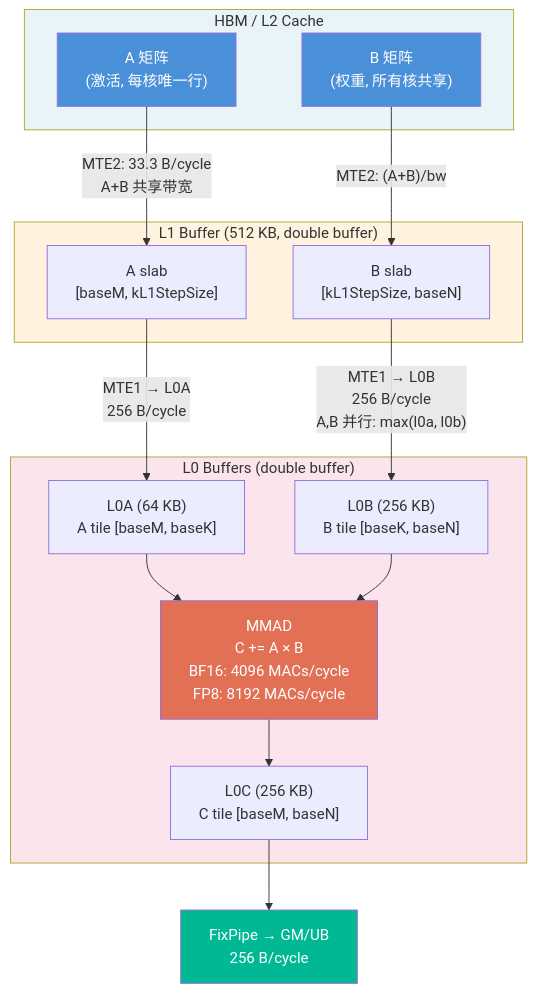
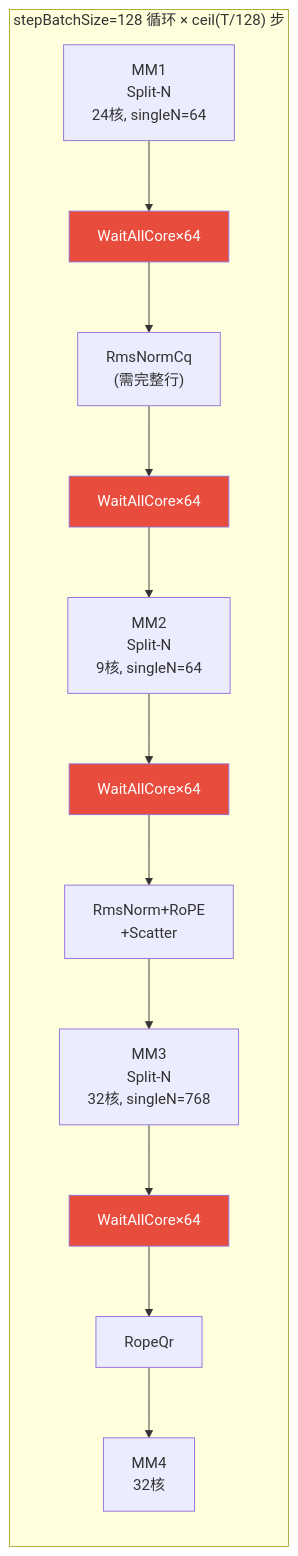
One commit to ChunnX/ops-transformer changed the first of 4 diagrams in attention/mla_prolog_v3/docs/MlaPrologV3_Prefill_SplitM设计.md. Above: the diagram before and after it, drawn with Mermaid. The commit also changed other lines of this file, not shown here.

First line of the commit message:
complete prefill design doc: flow diff, optimizations, gains, backpressure

````diff
--- a/attention/mla_prolog_v3/docs/MlaPrologV3_Prefill_SplitM设计.md
+++ b/attention/mla_prolog_v3/docs/MlaPrologV3_Prefill_SplitM设计.md
@@ -11,38 +33,23 @@
 ```mermaid
-graph TB
-    subgraph HBM_L2 ["HBM / L2 Cache"]
-        A_GM["A 矩阵<br/>(激活, 每核唯一行)"]
-        B_GM["B 矩阵<br/>(权重, 所有核共享)"]
+graph LR
+    subgraph STEP ["stepBatchSize=128 循环 × ceil(T/128) 步"]
+        MM1["MM1<br/>Split-N<br/>24核, singleN=64"]
+        SYNC1["WaitAllCore×64"]
+        VEC1["RmsNormCq<br/>(需完整行)"]
+        SYNC2["WaitAllCore×64"]
+        MM2["MM2<br/>Split-N<br/>9核, singleN=64"]
+        SYNC3["WaitAllCore×64"]
+        VEC2["RmsNorm+RoPE<br/>+Scatter"]
+        MM3["MM3<br/>Split-N<br/>32核, singleN=768"]
+        SYNC4["WaitAllCore×64"]
+        VEC3["RopeQr"]
+        MM4["MM4<br/>32核"]
+
+        MM1 --> SYNC1 --> VEC1 --> SYNC2 --> MM2 --> SYNC3 --> VEC2 --> MM3 --> SYNC4 --> VEC3 --> MM4
     end
 
-    subgraph L1 ["L1 Buffer (512 KB, double buffer)"]
-        A_L1["A slab<br/>[baseM, kL1StepSize]"]
-        B_L1["B slab<br/>[kL1StepSize, baseN]"]
-    end
-
-    subgraph L0 ["L0 Buffers (double buffer)"]
-        L0A["L0A (64 KB)<br/>A tile [baseM, baseK]"]
-        L0B["L0B (256 KB)<br/>B tile [baseK, baseN]"]
-        MMAD["MMAD<br/>C += A × B<br/>BF16: 4096 MACs/cycle<br/>FP8: 8192 MACs/cycle"]
-        L0C["L0C (256 KB)<br/>C tile [baseM, baseN]"]
-    end
-
-    FP["FixPipe → GM/UB<br/>256 B/cycle"]
-
-    A_GM -->|"MTE2: 33.3 B/cycle<br/>A+B 共享带宽"| A_L1
-    B_GM -->|"MTE2: (A+B)/bw"| B_L1
-    A_L1 -->|"MTE1 → L0A<br/>256 B/cycle"| L0A
-    B_L1 -->|"MTE1 → L0B<br/>256 B/cycle<br/>A,B 并行: max(l0a, l0b)"| L0B
-    L0A --> MMAD
-    L0B --> MMAD
-    MMAD --> L0C
-    L0C --> FP
-
-    style HBM_L2 fill:#e8f4f8
-    style L1 fill:#fff3e0
-    style L0 fill:#fce4ec
-    style A_GM fill:#4a90d9,color:#fff
-    style B_GM fill:#4a90d9,color:#fff
-    style MMAD fill:#e17055,color:#fff
-    style FP fill:#00b894,color:#fff
+    style SYNC1 fill:#e74c3c,color:#fff
+    style SYNC2 fill:#e74c3c,color:#fff
+    style SYNC3 fill:#e74c3c,color:#fff
+    style SYNC4 fill:#e74c3c,color:#fff
 ```
````
